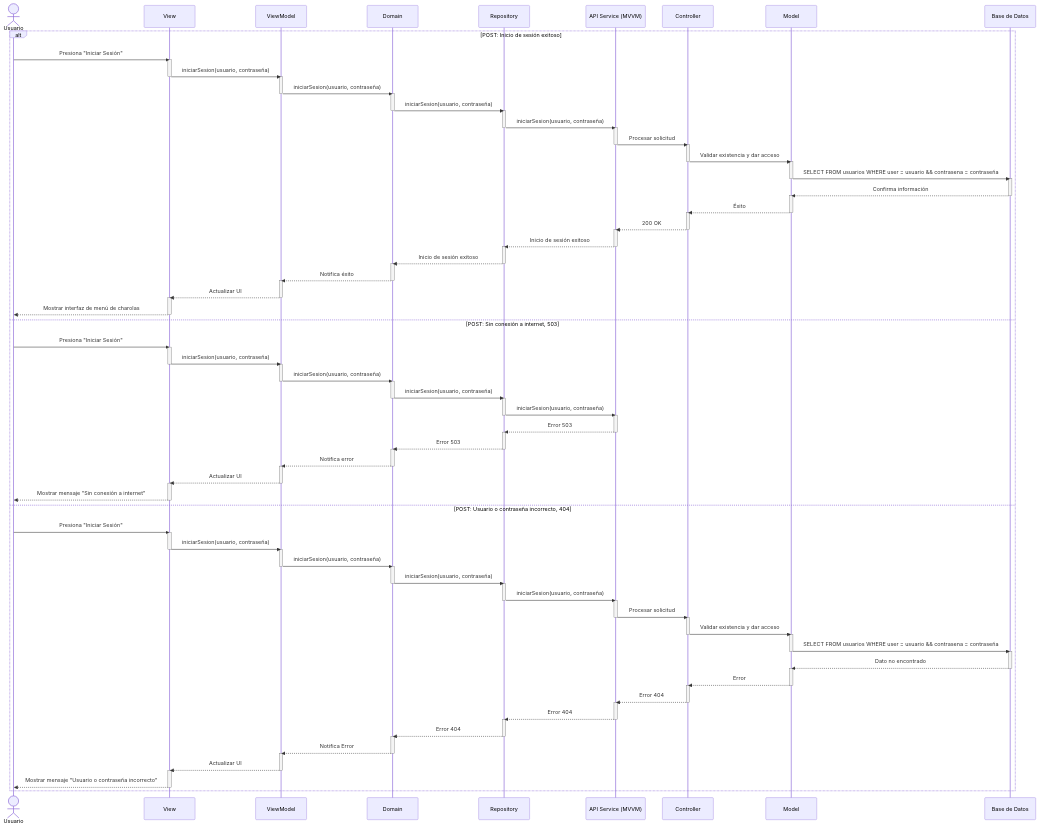
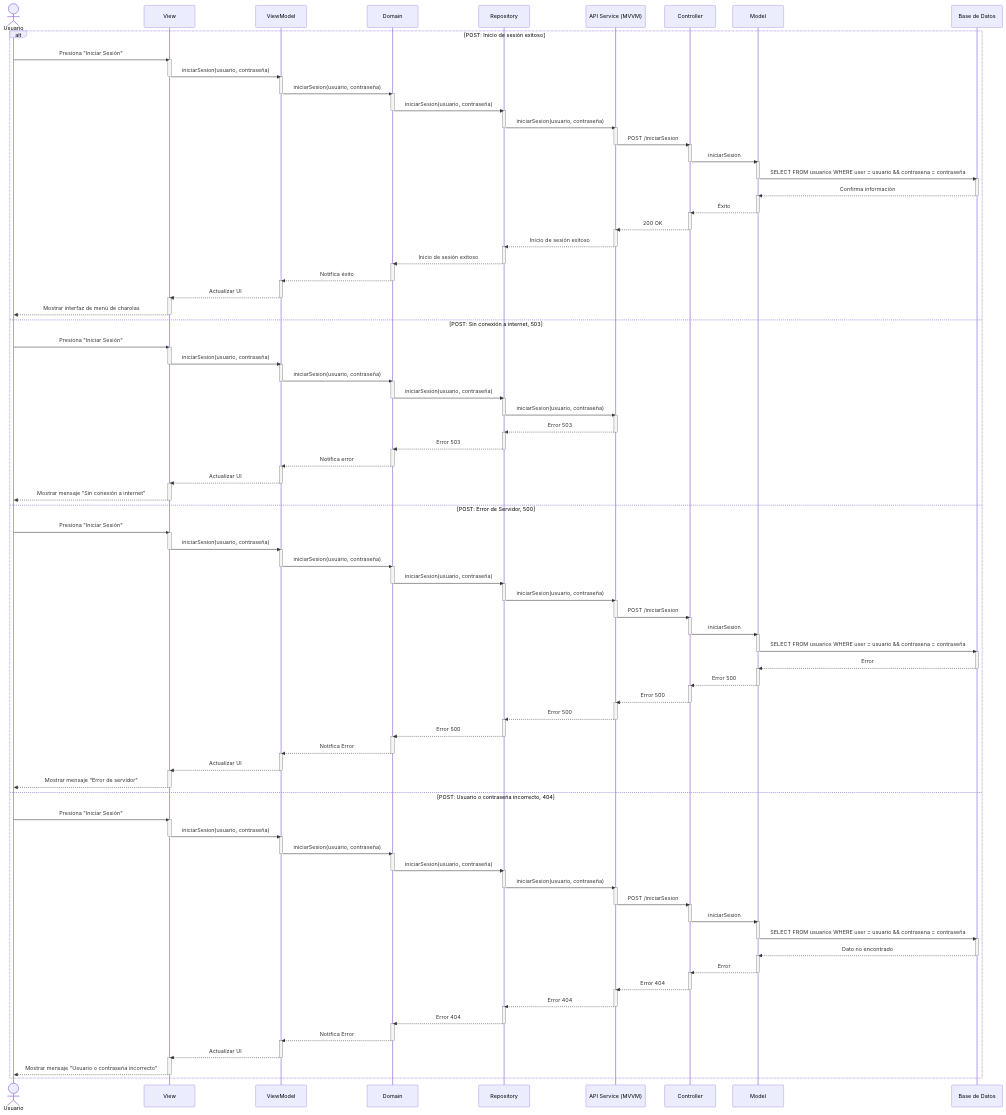
The diagram in documentation/docs/proyectos/larvas/documentacion/requisitos/RF1.md (CodeAnd-Co/Documentacion), drawn with Mermaid before and after one commit.

Commit message:
Arreglado diagrama de secuencia

```diff
--- a/documentation/docs/proyectos/larvas/documentacion/requisitos/RF1.md
+++ b/documentation/docs/proyectos/larvas/documentacion/requisitos/RF1.md
@@ -54,11 +54,11 @@
         deactivate Repository
         activate APIService
 
-        APIService->>Controller: Procesar solicitud
+        APIService->>Controller: POST /iniciarSesion
         deactivate APIService
         activate Controller
 
-        Controller->>Model: Validar existencia y dar acceso
+        Controller->>Model: iniciarSesion
         deactivate Controller
         activate Model
 
@@ -135,7 +135,7 @@
         View-->>Usuario: Mostrar mensaje "Sin conexión a internet"
         deactivate View
         
-    else POST: Usuario o contraseña incorrecto, 404
+    else POST: Error de Servidor, 500
         Usuario->>View: Presiona "Iniciar Sesión"
         activate View
 
@@ -155,11 +155,74 @@
         deactivate Repository
         activate APIService
 
-        APIService->>Controller: Procesar solicitud
+        APIService->>Controller: POST /iniciarSesion
         deactivate APIService
         activate Controller
 
-        Controller->>Model: Validar existencia y dar acceso
+        Controller->>Model: iniciarSesion
+        deactivate Controller
+        activate Model
+
+        Model->>Database: SELECT FROM usuarios WHERE user = usuario && contrasena = contraseña
+        deactivate Model
+        activate Database
+
+        Database-->>Model: Error
+        deactivate Database
+        activate Model
+
+        Model-->>Controller: Error 500
+        deactivate Model
+        activate Controller
+
+        Controller-->>APIService: Error 500
+        deactivate Controller
+        activate APIService
+
+        APIService-->>Repository: Error 500
+        deactivate APIService
+        activate Repository
+
+        Repository-->>Domain: Error 500
+        deactivate Repository
+        activate Domain
+
+        Domain-->>ViewModel: Notifica Error
+        deactivate Domain
+        activate ViewModel
+
+        ViewModel-->>View: Actualizar UI
+        deactivate ViewModel
+        activate View
+
+        View-->>Usuario: Mostrar mensaje "Error de servidor"
+        deactivate View
+
+        else POST: Usuario o contraseña incorrecto, 404
+        Usuario->>View: Presiona "Iniciar Sesión"
+        activate View
+
+        View->>ViewModel: iniciarSesion(usuario, contraseña)
+        deactivate View
+        activate ViewModel
+
+        ViewModel->>Domain: iniciarSesion(usuario, contraseña)
+        deactivate ViewModel
+        activate Domain
+
+        Domain->>Repository: iniciarSesion(usuario, contraseña)
+        deactivate Domain
+        activate Repository
+
+        Repository->>APIService: iniciarSesion(usuario, contraseña)
+        deactivate Repository
+        activate APIService
+
+        APIService->>Controller: POST /iniciarSesion
+        deactivate APIService
+        activate Controller
+
+        Controller->>Model: iniciarSesion
         deactivate Controller
         activate Model
 
```
